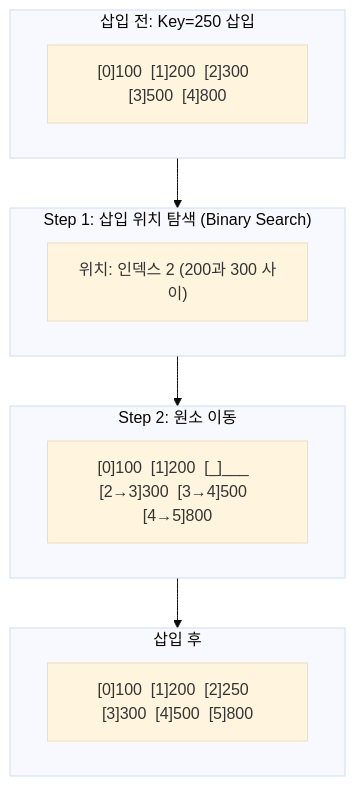
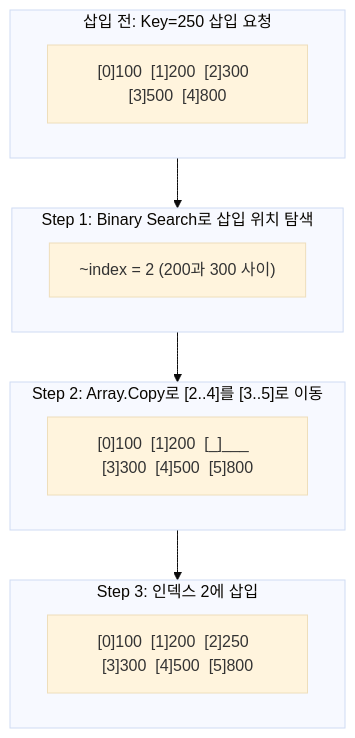
The fourth of 8 diagrams in _posts/Csharp/DataStructure/2023-07-27-CsharpDS01.md (Epheria/Epheria.github.io), drawn with Mermaid (base theme) before and after one commit. The commit also changed other lines of this file and 2 other files, not shown here.

````diff
--- a/_posts/Csharp/DataStructure/2023-07-27-CsharpDS01.md
+++ b/_posts/Csharp/DataStructure/2023-07-27-CsharpDS01.md
@@ -177,20 +204,20 @@
 ```mermaid
 flowchart TB
-    subgraph Before["삽입 전: Key=250 삽입"]
+    subgraph Before["삽입 전: Key=250 삽입 요청"]
         B["[0]100  [1]200  [2]300  [3]500  [4]800"]
     end
 
-    subgraph Step1["Step 1: 삽입 위치 탐색 (Binary Search)"]
-        S1["위치: 인덱스 2 (200과 300 사이)"]
+    subgraph Step1["Step 1: Binary Search로 삽입 위치 탐색"]
+        S1["~index = 2 (200과 300 사이)"]
     end
 
-    subgraph Step2["Step 2: 원소 이동"]
-        S2["[0]100  [1]200  [_]___  [2→3]300  [3→4]500  [4→5]800"]
+    subgraph Step2["Step 2: Array.Copy로 [2..4]를 [3..5]로 이동"]
+        S2["[0]100  [1]200  [_]___  [3]300  [4]500  [5]800"]
     end
 
-    subgraph After["삽입 후"]
+    subgraph After["Step 3: 인덱스 2에 삽입"]
         A["[0]100  [1]200  [2]250  [3]300  [4]500  [5]800"]
     end
 
     Before --> Step1 --> Step2 --> After
 ```
````
